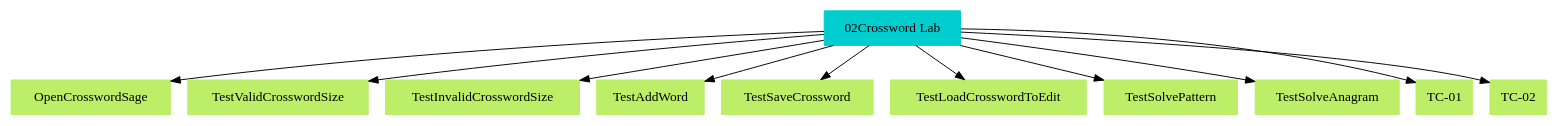
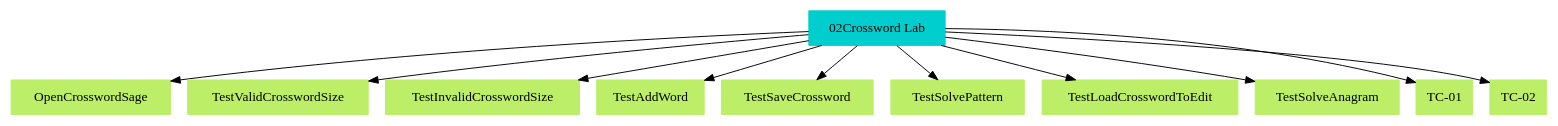
Before and after one commit to mypstom/robotide: the diagram in robotide/KTVgraph/TS2TC.gv, drawn with Graphviz. The commit also changed other lines of this file and 22 other files, not shown here.

```diff
--- a/robotide/KTVgraph/TS2TC.gv
+++ b/robotide/KTVgraph/TS2TC.gv
@@ -1,24 +1,24 @@
 // TS <-> TC
 digraph {
 	"02Crossword Lab" [color=cyan3 shape=box style=filled]
 	OpenCrosswordSage [color=darkolivegreen2 shape=box style=filled]
 		"02Crossword Lab" -> OpenCrosswordSage [len=10]
 	TestValidCrosswordSize [color=darkolivegreen2 shape=box style=filled]
 		"02Crossword Lab" -> TestValidCrosswordSize [len=10]
 	TestInvalidCrosswordSize [color=darkolivegreen2 shape=box style=filled]
 		"02Crossword Lab" -> TestInvalidCrosswordSize [len=10]
 	TestAddWord [color=darkolivegreen2 shape=box style=filled]
 		"02Crossword Lab" -> TestAddWord [len=10]
 	TestSaveCrossword [color=darkolivegreen2 shape=box style=filled]
 		"02Crossword Lab" -> TestSaveCrossword [len=10]
+	TestSolvePattern [color=darkolivegreen2 shape=box style=filled]
+		"02Crossword Lab" -> TestSolvePattern [len=10]
 	TestLoadCrosswordToEdit [color=darkolivegreen2 shape=box style=filled]
 		"02Crossword Lab" -> TestLoadCrosswordToEdit [len=10]
-	TestSolvePattern [color=darkolivegreen2 shape=box style=filled]
-		"02Crossword Lab" -> TestSolvePattern [len=10]
 	TestSolveAnagram [color=darkolivegreen2 shape=box style=filled]
 		"02Crossword Lab" -> TestSolveAnagram [len=10]
 	"TC-01" [color=darkolivegreen2 shape=box style=filled]
 		"02Crossword Lab" -> "TC-01" [len=10]
 	"TC-02" [color=darkolivegreen2 shape=box style=filled]
 		"02Crossword Lab" -> "TC-02" [len=10]
 }
```
